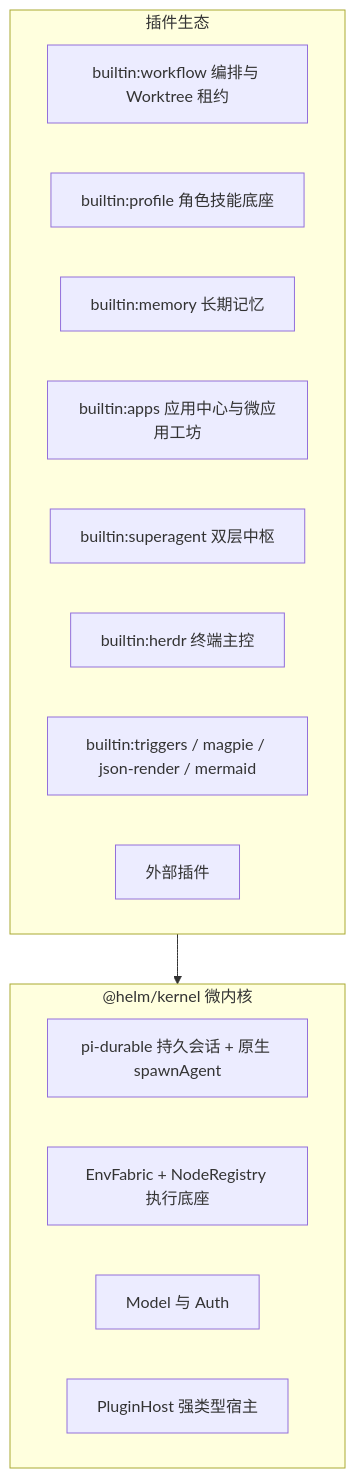
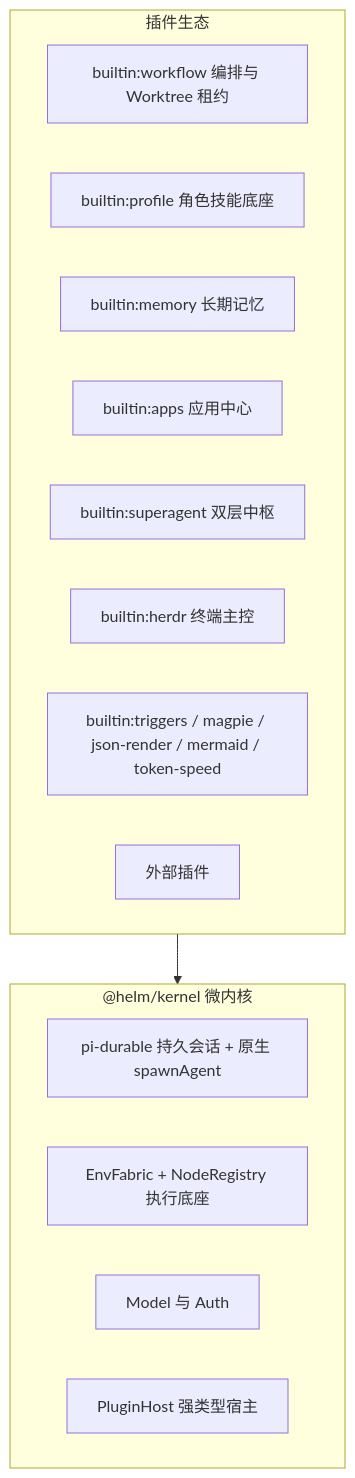
The first of 3 diagrams in docs/architecture/overview.md (team4u/helm), drawn with Mermaid before and after one commit. The commit also changed other lines of this file and 6 other files, not shown here.

````diff
--- a/docs/architecture/overview.md
+++ b/docs/architecture/overview.md
@@ -16,20 +18,20 @@
 ```mermaid
 flowchart TD
     subgraph Core["@helm/kernel 微内核"]
         Durable["pi-durable 持久会话 + 原生 spawnAgent"]
         Fabric["EnvFabric + NodeRegistry 执行底座"]
         ModelAuth["Model 与 Auth"]
         Host["PluginHost 强类型宿主"]
     end
     subgraph Plugins["插件生态"]
         Workflow["builtin:workflow 编排与 Worktree 租约"]
         Profile["builtin:profile 角色技能底座"]
         Memory["builtin:memory 长期记忆"]
-        Apps["builtin:apps 应用中心与微应用工坊"]
+        Apps["builtin:apps 应用中心"]
         Superagent["builtin:superagent 双层中枢"]
         Herdr["builtin:herdr 终端主控"]
-        Others["builtin:triggers / magpie / json-render / mermaid"]
+        Others["builtin:triggers / magpie / json-render / mermaid / token-speed"]
         External["外部插件"]
     end
     Plugins --> Core
 ```
````
